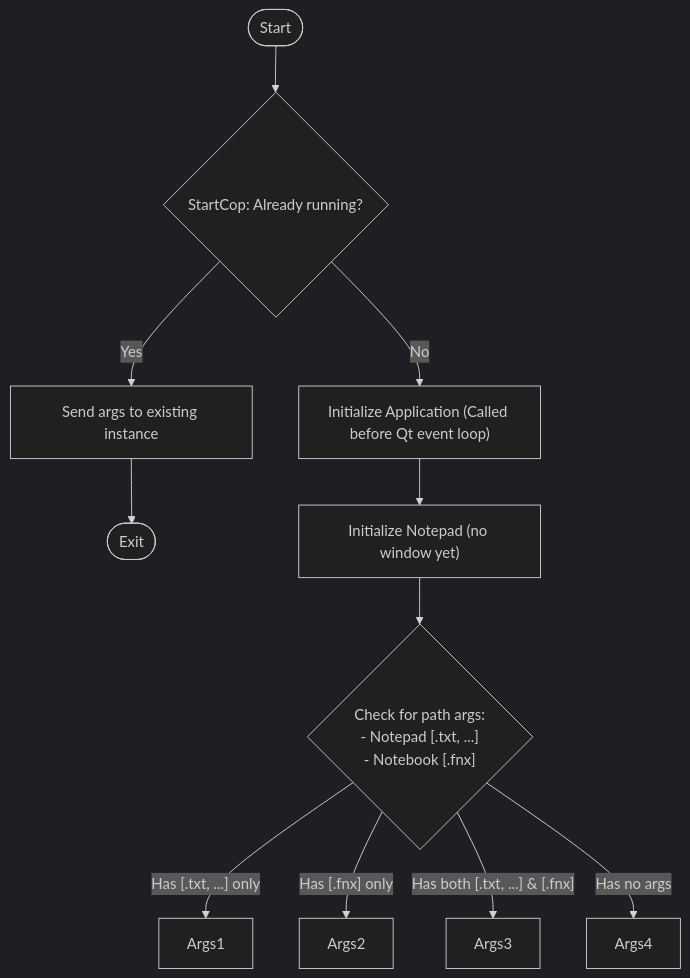
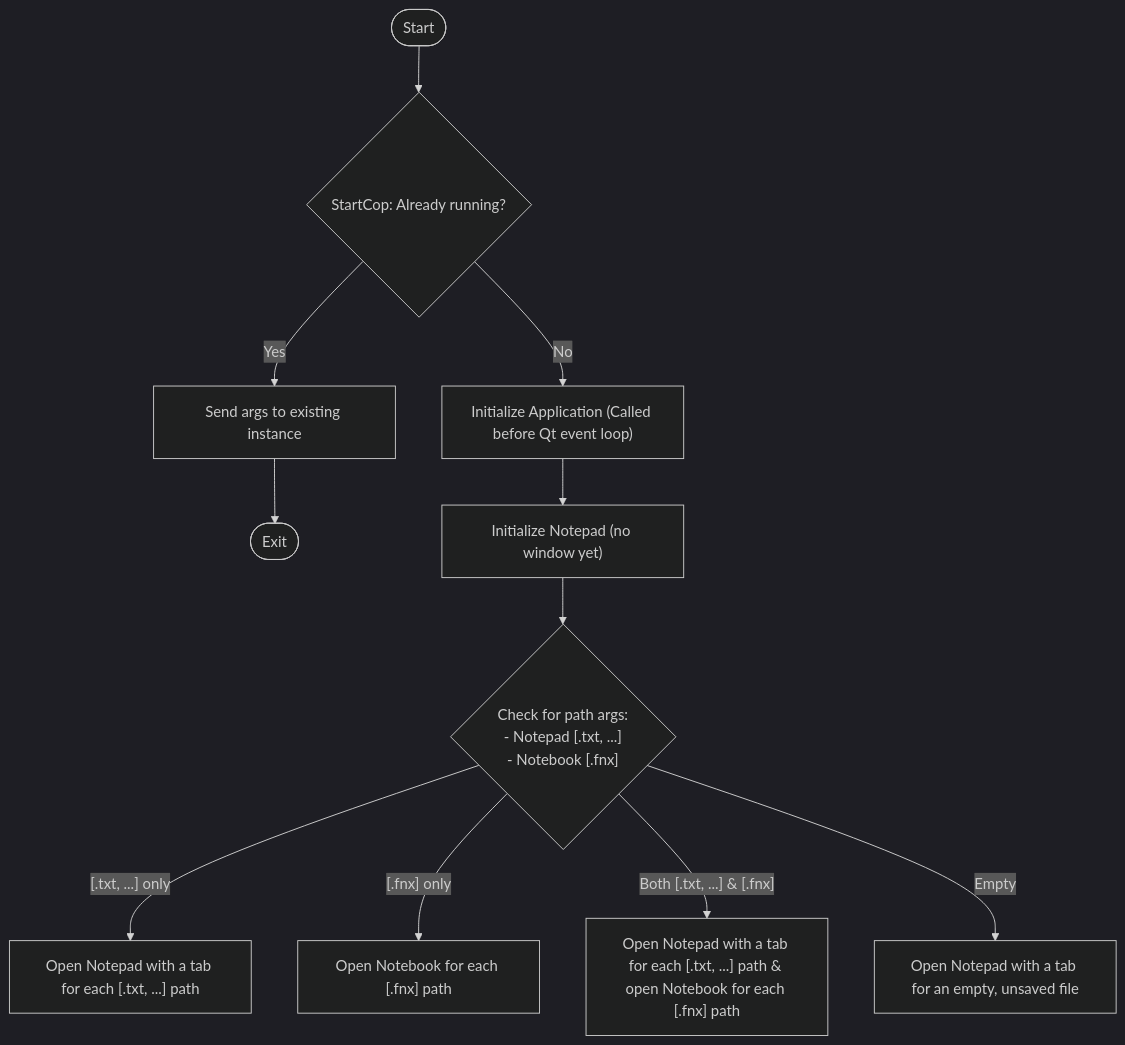
Before and after one commit to fairybow/Fernanda: the diagram in Fernanda/docs/StartupFlowchart.md, drawn with Mermaid (dark theme).

````diff
--- a/Fernanda/docs/StartupFlowchart.md
+++ b/Fernanda/docs/StartupFlowchart.md
@@ -3,15 +3,15 @@
 ```mermaid
 flowchart TD
     Start([Start]) --> StartCop{"StartCop: Already running?"}
     StartCop -->|Yes| SendArgs["Send args to existing instance"]
     SendArgs --> Exit1(["Exit"])
     StartCop -->|No| InitApp["Initialize Application (Called before Qt event loop)"]
 
     InitApp --> InitNotepad["Initialize Notepad (no window yet)"]
     InitNotepad --> CheckArgs{"Check for path args:<br>- Notepad [.txt, ...]<br>- Notebook [.fnx]"}
 
-    CheckArgs -->|"Has [.txt, ...] only"| Args1
-    CheckArgs -->|"Has [.fnx] only"| Args2
-    CheckArgs -->|"Has both [.txt, ...] & [.fnx]"| Args3
-    CheckArgs -->|"Has no args"| Args4
+    CheckArgs -->|"[.txt, ...] only"| ArgsTxtOpenNotepad["Open Notepad with a tab for each [.txt, ...] path"]
+    CheckArgs -->|"[.fnx] only"| ArgsFnxOpenNotebook["Open Notebook for each [.fnx] path"]
+    CheckArgs -->|"Both [.txt, ...] & [.fnx]"| ArgsTxtFnxOpenNotepadNotebook["Open Notepad with a tab for each [.txt, ...] path & open Notebook for each [.fnx] path"]
+    CheckArgs -->|"Empty"| ArgsNoneOpenNotepad["Open Notepad with a tab for an empty, unsaved file"]
 ```
````
